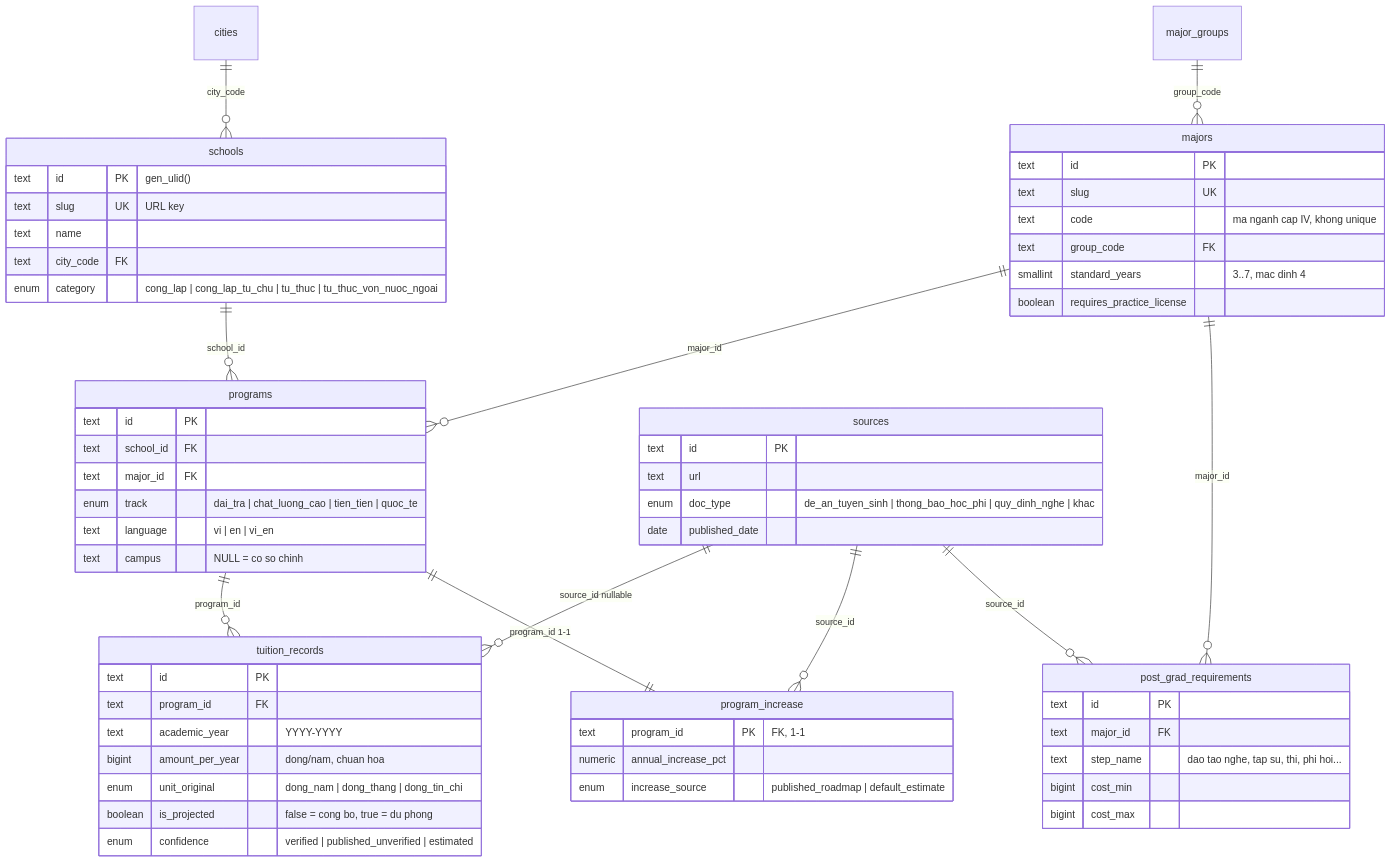
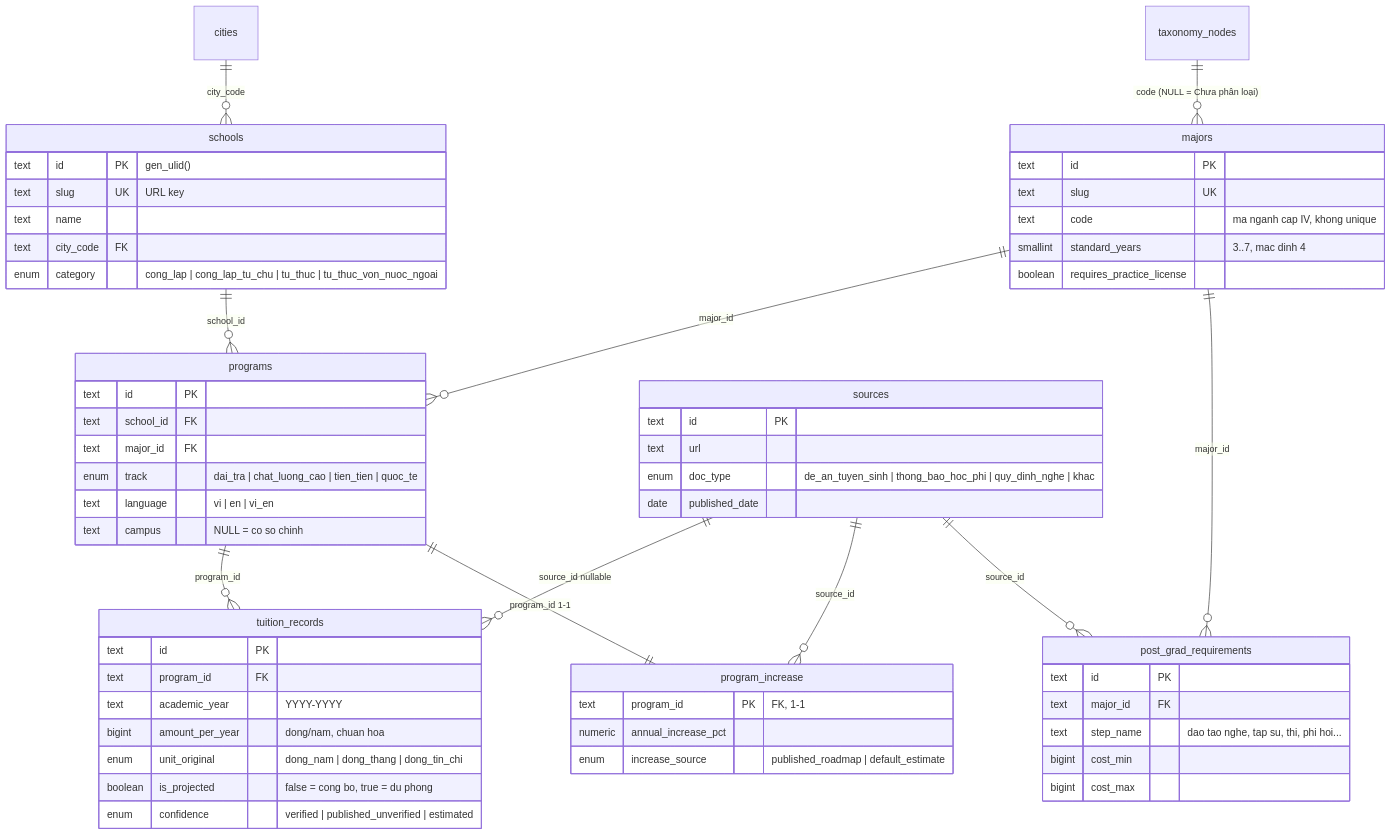
One commit to hocphi-info/hocphi-info-be changed the second of 2 diagrams in README.md. Above: the diagram before and after it, drawn with Mermaid. The commit also changed other lines of this file and 16 other files, not shown here.

First line of the commit message:
refactor!: drop the 6 hand-made major groups (major_groups, majors.group_code)

````diff
--- a/README.md
+++ b/README.md
@@ -172,64 +172,63 @@
 ```mermaid
 erDiagram
     cities ||--o{ schools : "city_code"
-    major_groups ||--o{ majors : "group_code"
+    taxonomy_nodes ||--o{ majors : "code (NULL = Chưa phân loại)"
     schools ||--o{ programs : "school_id"
     majors ||--o{ programs : "major_id"
     programs ||--o{ tuition_records : "program_id"
     programs ||--|| program_increase : "program_id 1-1"
     majors ||--o{ post_grad_requirements : "major_id"
     sources ||--o{ tuition_records : "source_id nullable"
     sources ||--o{ program_increase : "source_id"
     sources ||--o{ post_grad_requirements : "source_id"
 
     schools {
         text id PK "gen_ulid()"
         text slug UK "URL key"
         text name
         text city_code FK
         enum category "cong_lap | cong_lap_tu_chu | tu_thuc | tu_thuc_von_nuoc_ngoai"
     }
     majors {
         text id PK
         text slug UK
         text code "ma nganh cap IV, khong unique"
-        text group_code FK
         smallint standard_years "3..7, mac dinh 4"
         boolean requires_practice_license
     }
     programs {
         text id PK
         text school_id FK
         text major_id FK
         enum track "dai_tra | chat_luong_cao | tien_tien | quoc_te"
         text language "vi | en | vi_en"
         text campus "NULL = co so chinh"
     }
     tuition_records {
         text id PK
         text program_id FK
         text academic_year "YYYY-YYYY"
         bigint amount_per_year "dong/nam, chuan hoa"
         enum unit_original "dong_nam | dong_thang | dong_tin_chi"
         boolean is_projected "false = cong bo, true = du phong"
         enum confidence "verified | published_unverified | estimated"
     }
     program_increase {
         text program_id PK "FK, 1-1"
         numeric annual_increase_pct
         enum increase_source "published_roadmap | default_estimate"
     }
     post_grad_requirements {
         text id PK
         text major_id FK
         text step_name "dao tao nghe, tap su, thi, phi hoi..."
         bigint cost_min
         bigint cost_max
     }
     sources {
         text id PK
         text url
         enum doc_type "de_an_tuyen_sinh | thong_bao_hoc_phi | quy_dinh_nghe | khac"
         date published_date
     }
 ```
````
